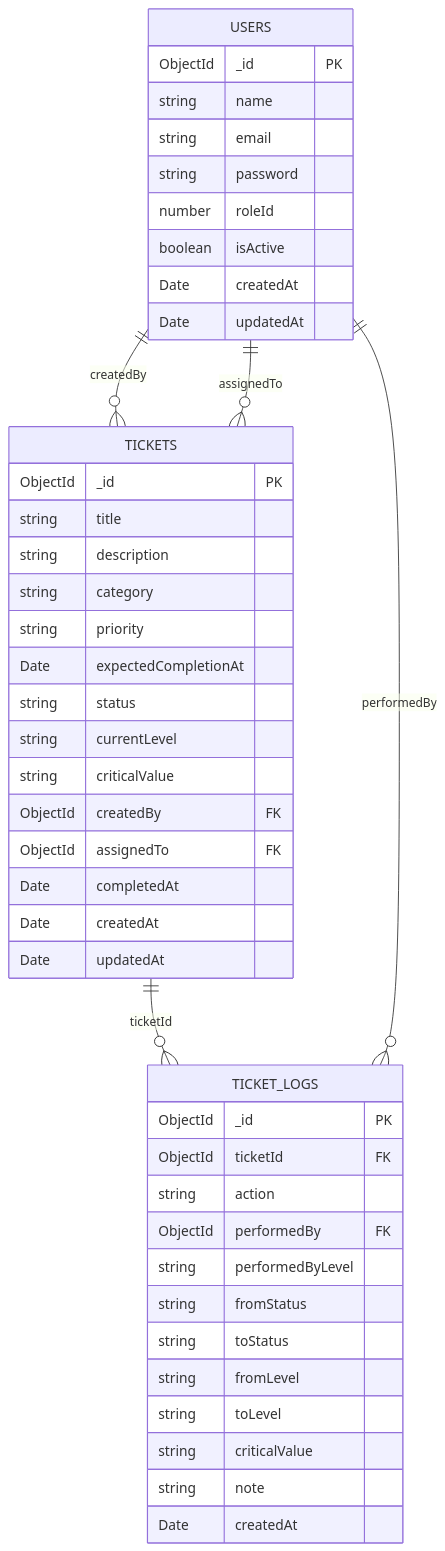
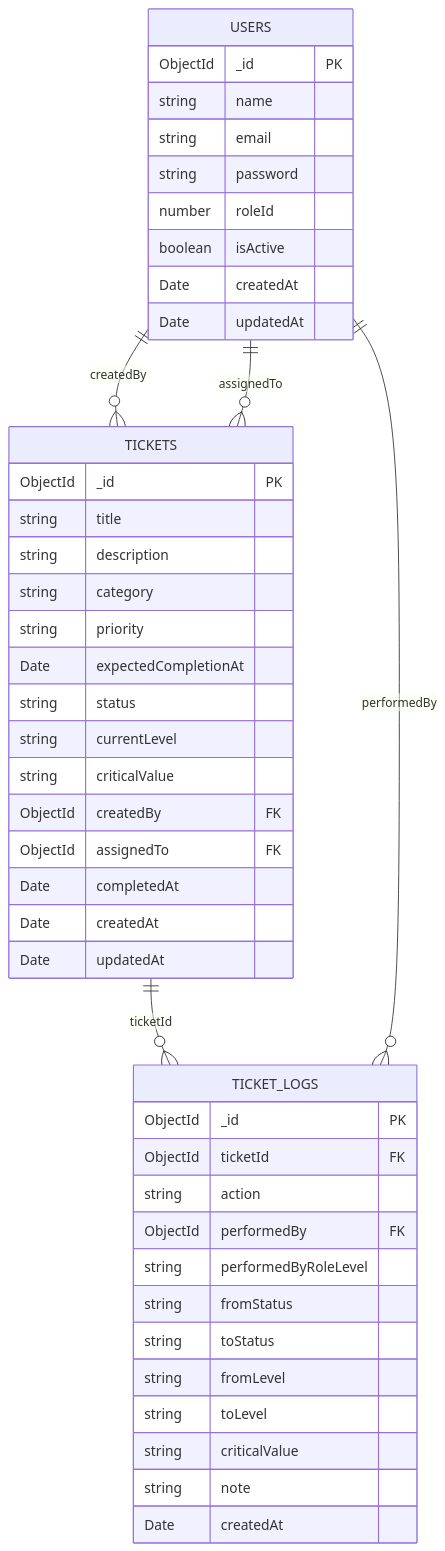
One commit to adityaokke/test-blue-silo changed the diagram in README.md. Above: the diagram before and after it, drawn with Mermaid. The commit also changed other lines of this file and 5 other files, not shown here.

````diff
--- a/README.md
+++ b/README.md
@@ -138,50 +136,50 @@
 ```mermaid
 erDiagram
     USERS {
         ObjectId _id PK
         string name
         string email
         string password
         number roleId
         boolean isActive
         Date createdAt
         Date updatedAt
     }
 
     TICKETS {
         ObjectId _id PK
         string title
         string description
         string category
         string priority
         Date expectedCompletionAt
         string status
         string currentLevel
         string criticalValue
         ObjectId createdBy FK
         ObjectId assignedTo FK
         Date completedAt
         Date createdAt
         Date updatedAt
     }
 
     TICKET_LOGS {
         ObjectId _id PK
         ObjectId ticketId FK
         string action
         ObjectId performedBy FK
-        string performedByLevel
+        string performedByRoleLevel
         string fromStatus
         string toStatus
         string fromLevel
         string toLevel
         string criticalValue
         string note
         Date createdAt
     }
 
     USERS   ||--o{ TICKETS : "createdBy"
     USERS   ||--o{ TICKETS : "assignedTo"
     TICKETS ||--o{ TICKET_LOGS : "ticketId"
     USERS   ||--o{ TICKET_LOGS : "performedBy"
 ```
````
